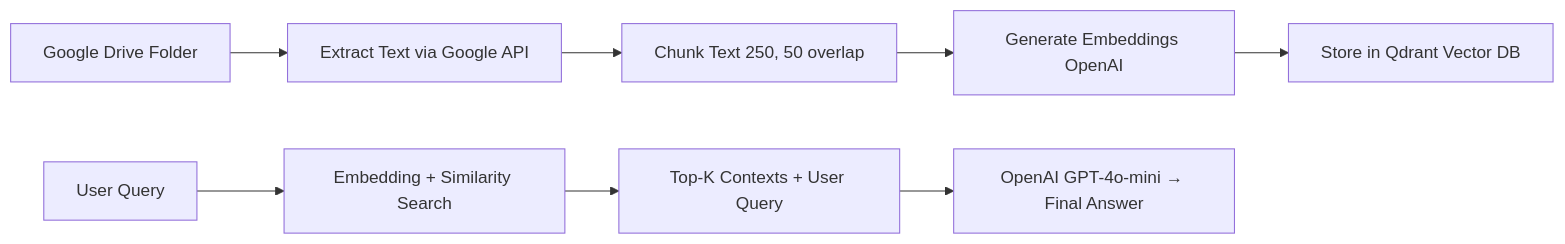
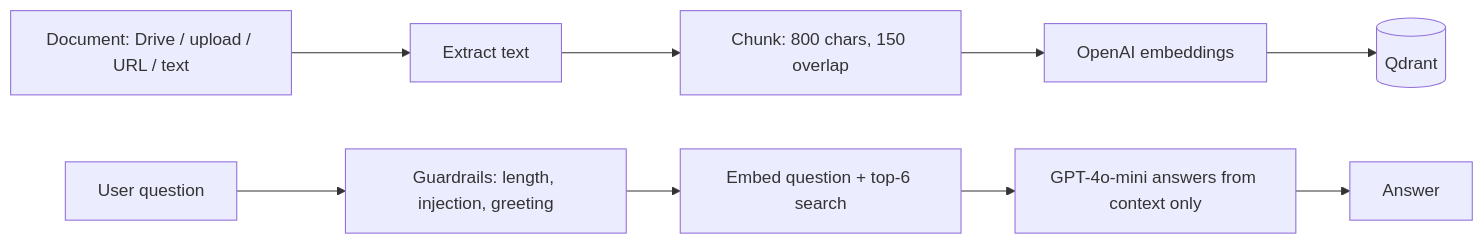
One commit to VIKNESH1211/GDrive-RAG-API-TypeScript changed the diagram in README.md. Above: the diagram before and after it, drawn with Mermaid. The commit also changed other lines of this file and 16 other files, not shown here.

````diff
--- a/README.md
+++ b/README.md
@@ -161,12 +25,12 @@
 ```mermaid
 graph LR
-  A[Google Drive Folder] --> B[Extract Text via Google API]
-  B --> C[Chunk Text 250, 50 overlap]
-  C --> D[Generate Embeddings OpenAI]
-  D --> E[Store in Qdrant Vector DB]
+  A[Document: Drive / upload / URL / text] --> B[Extract text]
+  B --> C[Chunk: 800 chars, 150 overlap]
+  C --> D[OpenAI embeddings]
+  D --> E[(Qdrant)]
 
-  F[User Query] --> G[Embedding + Similarity Search]
-  G --> H[Top-K Contexts + User Query]
-  H --> I[OpenAI GPT-4o-mini → Final Answer]
-
+  F[User question] --> G[Guardrails: length, injection, greeting]
+  G --> H[Embed question + top-6 search]
+  H --> I[GPT-4o-mini answers from context only]
+  I --> J[Answer]
 ```
````
